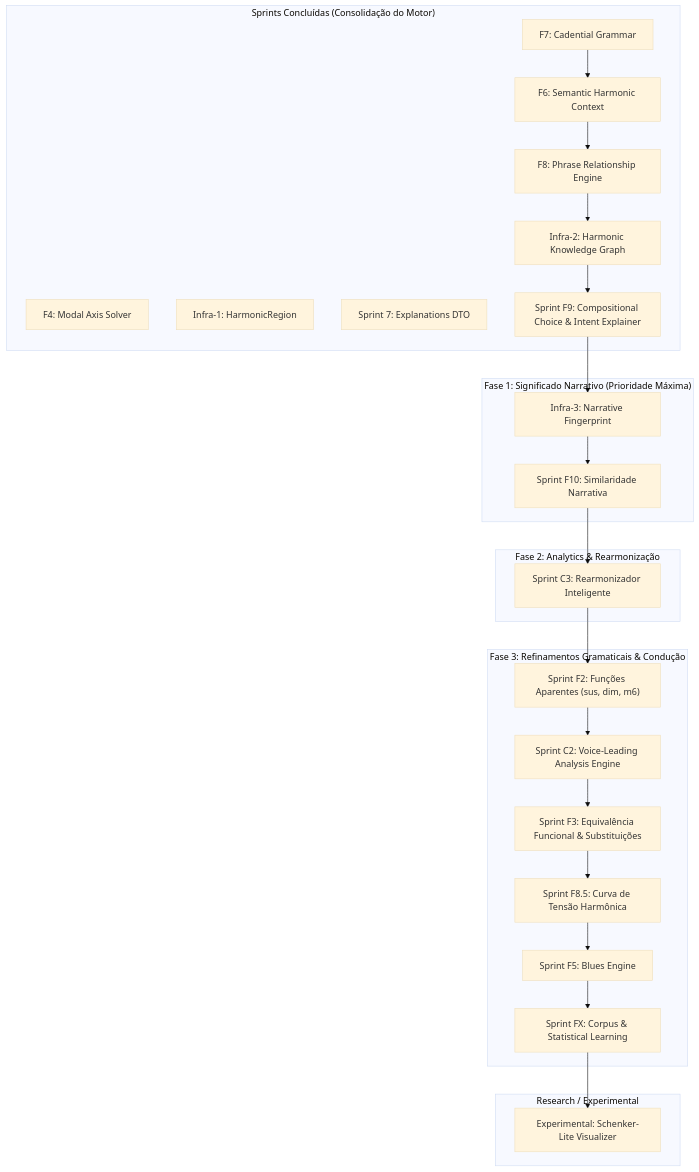
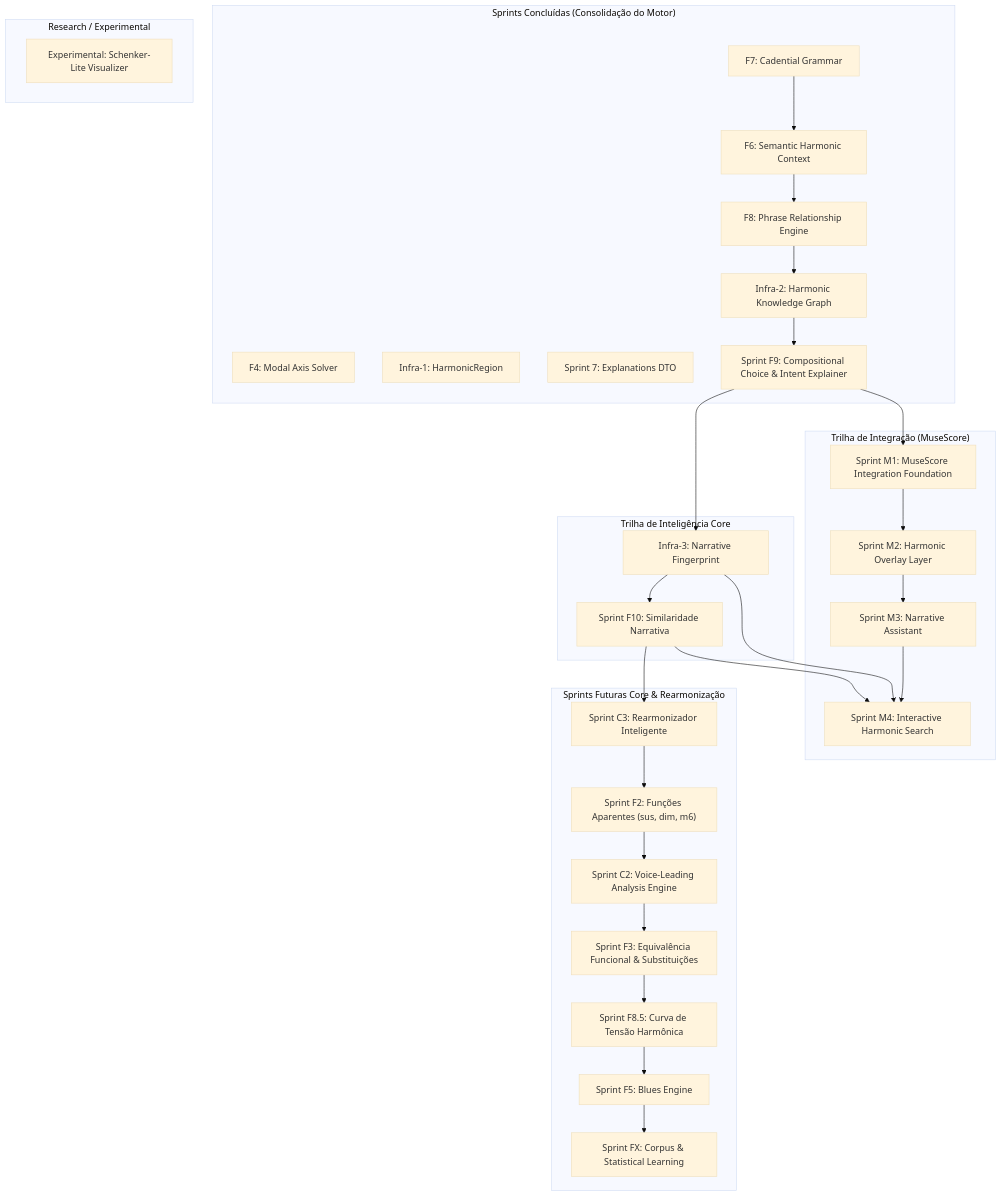
One commit to gustavoesteves/FindChord changed the diagram in sprints/future_sprints.md. Above: the diagram before and after it, drawn with Mermaid (base theme). The commit also changed other lines of this file, not shown here.

Commit message:
Introduce parallel MuseScore Integration Track (M1-M4) to future_sprints.md

````diff
--- a/sprints/future_sprints.md
+++ b/sprints/future_sprints.md
@@ -36,53 +36,61 @@
 ```mermaid
 graph TD
     subgraph "Sprints Concluídas (Consolidação do Motor)"
         C4["F4: Modal Axis Solver"]
         CI1["Infra-1: HarmonicRegion"]
         CS7["Sprint 7: Explanations DTO"]
         CF7["F7: Cadential Grammar"]
         F6["F6: Semantic Harmonic Context"]
         F8["F8: Phrase Relationship Engine"]
         I2["Infra-2: Harmonic Knowledge Graph"]
         F9["Sprint F9: Compositional Choice & Intent Explainer"]
     end
 
-    subgraph "Fase 1: Significado Narrativo (Prioridade Máxima)"
+    subgraph "Trilha de Inteligência Core"
         I3["Infra-3: Narrative Fingerprint"]
         F10["Sprint F10: Similaridade Narrativa"]
     end
+
+    subgraph "Trilha de Integração (MuseScore)"
+        M1["Sprint M1: MuseScore Integration Foundation"]
+        M2["Sprint M2: Harmonic Overlay Layer"]
+        M3["Sprint M3: Narrative Assistant"]
+        M4["Sprint M4: Interactive Harmonic Search"]
+    end
     
-    subgraph "Fase 2: Analytics & Rearmonização"
+    subgraph "Sprints Futuras Core & Rearmonização"
         C3["Sprint C3: Rearmonizador Inteligente"]
-    end
-
-
-
-    subgraph "Fase 3: Refinamentos Gramaticais & Condução"
         F2["Sprint F2: Funções Aparentes (sus, dim, m6)"]
         C2["Sprint C2: Voice-Leading Analysis Engine"]
         F3["Sprint F3: Equivalência Funcional & Substituições"]
         F8T["Sprint F8.5: Curva de Tensão Harmônica"]
         F5["Sprint F5: Blues Engine"]
         FX["Sprint FX: Corpus & Statistical Learning"]
     end
 
     subgraph "Research / Experimental"
         C1["Experimental: Schenker-Lite Visualizer"]
     end
 
     CF7 --> F6
     F6 --> F8
     F8 --> I2
     I2 --> F9
     F9 --> I3
     I3 --> F10
     F10 --> C3
     C3 --> F2
     F2 --> C2
 
     C2 --> F3
     F3 --> F8T
     F8T --> F5
     F5 --> FX
-    FX --> C1
+    
+    F9 --> M1
+    M1 --> M2
+    M2 --> M3
+    M3 --> M4
+    I3 --> M4
+    F10 --> M4
 ```
````
